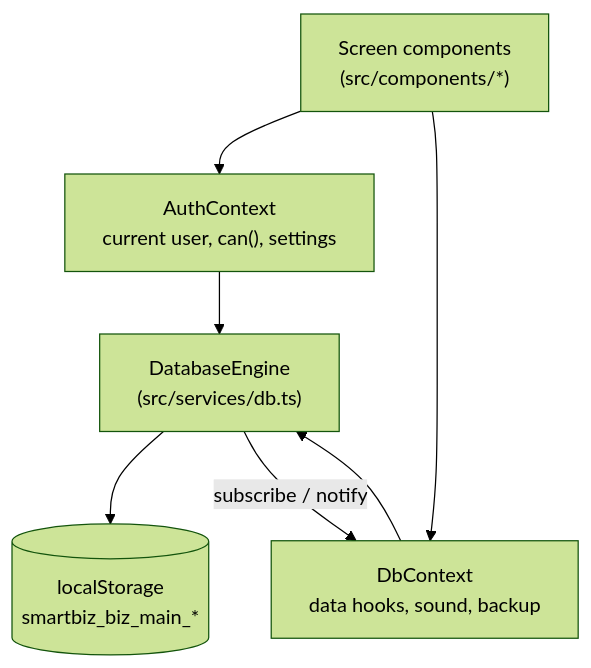
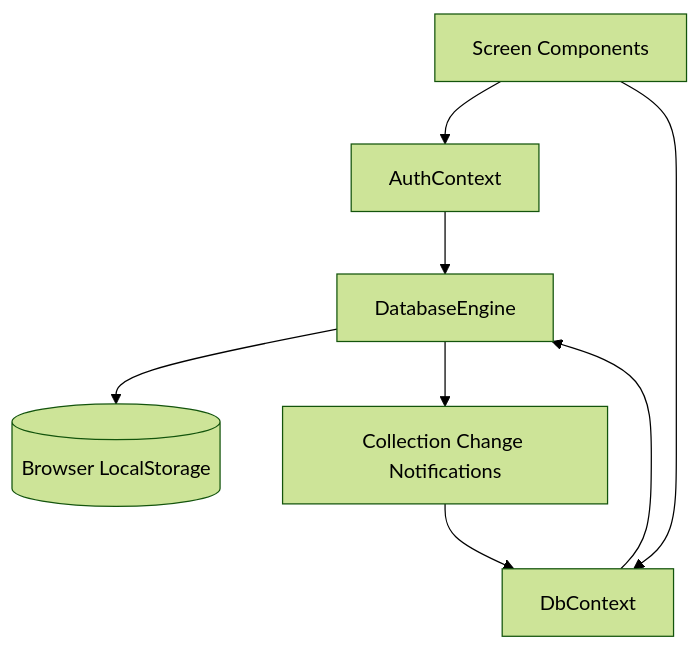
The first of 2 diagrams in README.md (youzaahsan/SmartBizPOS-Pro-System), drawn with Mermaid (forest theme) before and after one commit. The commit also changed other lines of this file, not shown here.

````diff
--- a/README.md
+++ b/README.md
@@ -111,9 +271,10 @@
 ```mermaid
 flowchart TD
-    UI["Screen components<br/>(src/components/*)"] --> Auth["AuthContext<br/>current user, can(), settings"]
-    UI --> DbCtx["DbContext<br/>data hooks, sound, backup"]
-    Auth --> Engine["DatabaseEngine<br/>(src/services/db.ts)"]
+    UI["Screen Components"] --> Auth["AuthContext"]
+    UI --> DbCtx["DbContext"]
+    Auth --> Engine["DatabaseEngine"]
     DbCtx --> Engine
-    Engine --> LS[("localStorage<br/>smartbiz_biz_main_*")]
-    Engine -- "subscribe / notify" --> DbCtx
+    Engine --> LS[("Browser LocalStorage")]
+    Engine --> Notify["Collection Change Notifications"]
+    Notify --> DbCtx
 ```
````
